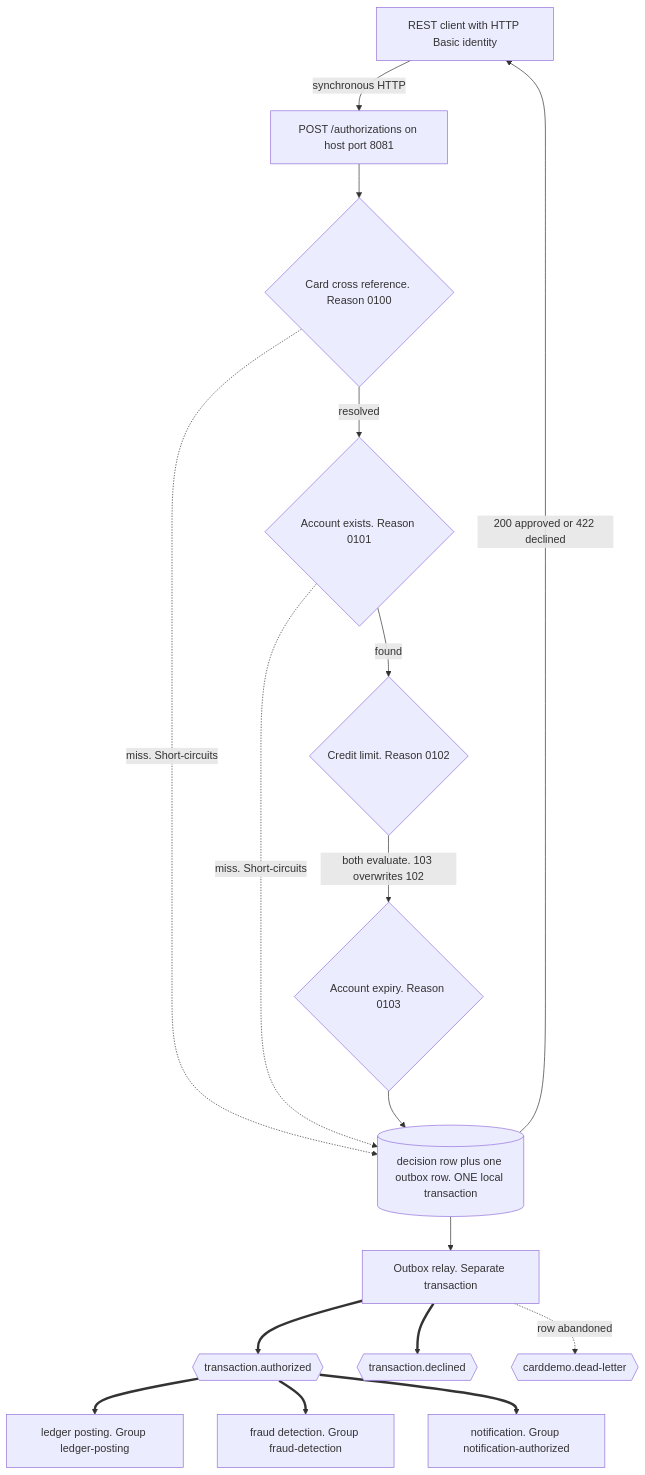
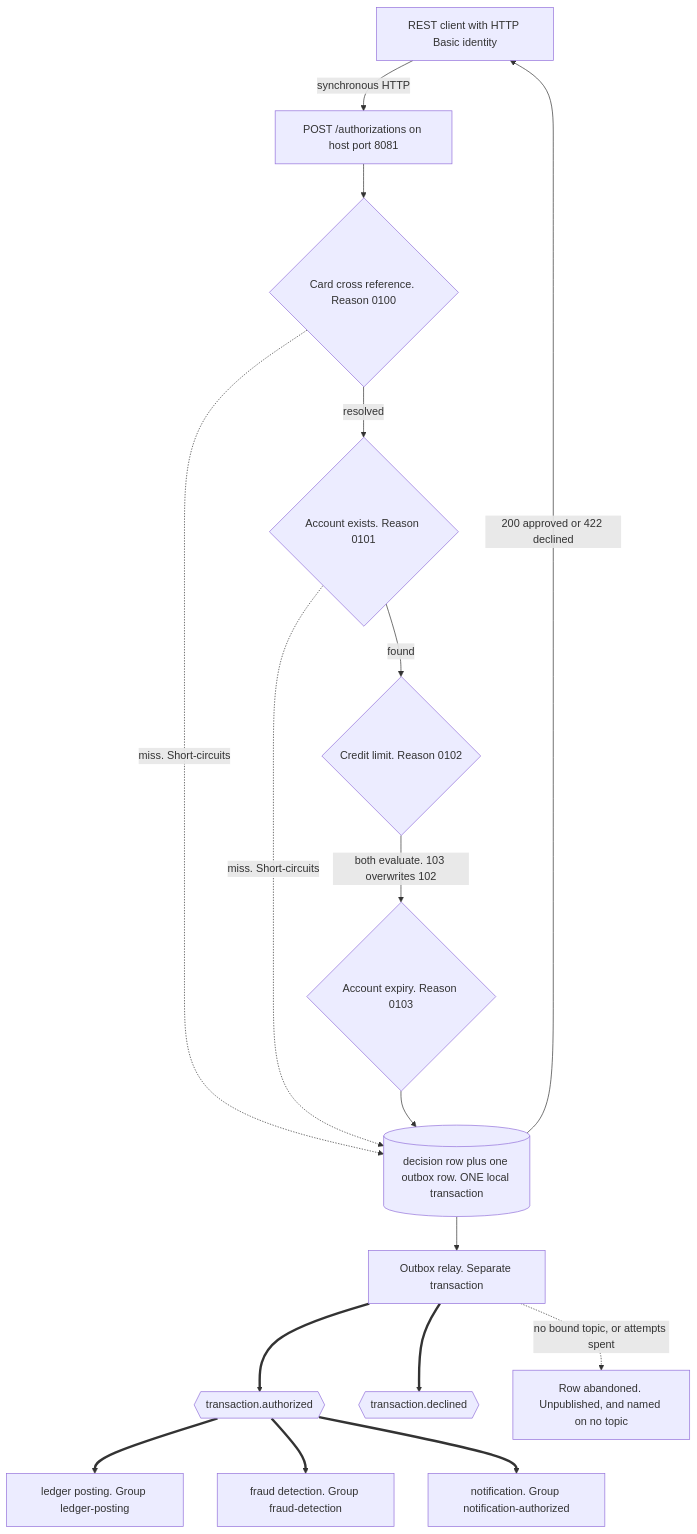
The first of 2 diagrams in card-platform/services/authorization-service/README.md (blitzy-public-samples/aws-carddemo-blitzy), drawn with Mermaid before and after one commit. The commit also changed other lines of this file and 540 other files, not shown here.

````diff
--- a/card-platform/services/authorization-service/README.md
+++ b/card-platform/services/authorization-service/README.md
@@ -283,34 +346,34 @@
 ```mermaid
 graph TB
     CLIENT["REST client with HTTP Basic identity"]
     API["POST /authorizations on host port 8081"]
     R100{"Card cross reference. Reason 0100"}
     R101{"Account exists. Reason 0101"}
     R102{"Credit limit. Reason 0102"}
     R103{"Account expiry. Reason 0103"}
     TX[("decision row plus one outbox row. ONE local transaction")]
     RELAY["Outbox relay. Separate transaction"]
     TA{{"transaction.authorized"}}
     TD{{"transaction.declined"}}
     LEDGER["ledger posting. Group ledger-posting"]
     FRAUD["fraud detection. Group fraud-detection"]
     NOTIFY["notification. Group notification-authorized"]
-    DEAD{{"carddemo.dead-letter"}}
+    SPENT["Row abandoned. Unpublished, and named on no topic"]
 
     CLIENT -->|"synchronous HTTP"| API
     API --> R100
     R100 -->|"resolved"| R101
     R100 -.->|"miss. Short-circuits"| TX
     R101 -->|"found"| R102
     R101 -.->|"miss. Short-circuits"| TX
     R102 -->|"both evaluate. 103 overwrites 102"| R103
     R103 --> TX
     TX -->|"200 approved or 422 declined"| CLIENT
     TX --> RELAY
     RELAY ==> TA
     RELAY ==> TD
     TA ==> LEDGER
     TA ==> FRAUD
     TA ==> NOTIFY
-    RELAY -.->|"row abandoned"| DEAD
+    RELAY -.->|"no bound topic, or attempts spent"| SPENT
 ```
````
